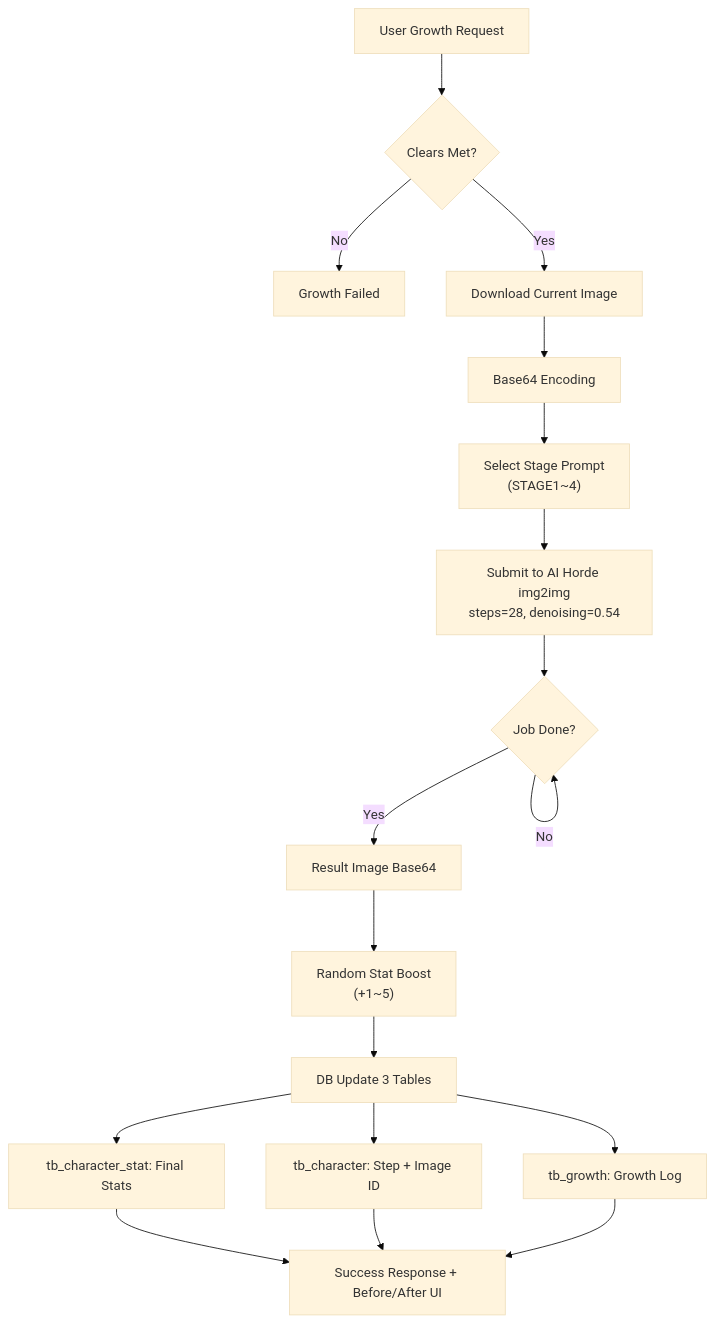
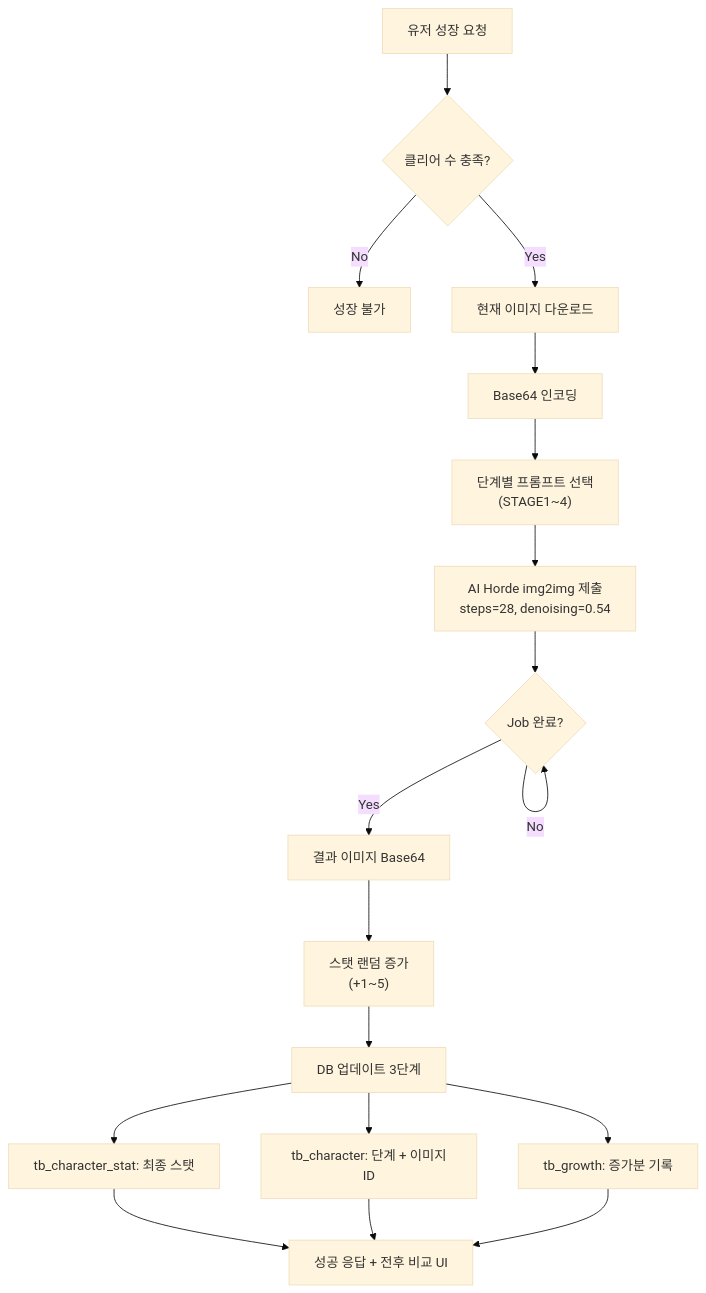
The second of 2 diagrams in README/ejm/README.md (zcx1119son/Gmaking-Team-Project), drawn with Mermaid (base theme) before and after one commit.

````diff
--- a/README/ejm/README.md
+++ b/README/ejm/README.md
@@ -188,18 +188,18 @@
 ```mermaid
 flowchart TD
-    A["User Growth Request"] --> B{"Clears Met?"}
-    B -->|No| Z["Growth Failed"]
-    B -->|Yes| C["Download Current Image"]
-    C --> D["Base64 Encoding"]
-    D --> E["Select Stage Prompt\n(STAGE1~4)"]
-    E --> F["Submit to AI Horde img2img\nsteps=28, denoising=0.54"]
-    F --> G{"Job Done?"}
+    A["유저 성장 요청"] --> B{"클리어 수 충족?"}
+    B -->|No| Z["성장 불가"]
+    B -->|Yes| C["현재 이미지 다운로드"]
+    C --> D["Base64 인코딩"]
+    D --> E["단계별 프롬프트 선택\n(STAGE1~4)"]
+    E --> F["AI Horde img2img 제출\nsteps=28, denoising=0.54"]
+    F --> G{"Job 완료?"}
     G -->|No| G
-    G -->|Yes| H["Result Image Base64"]
-    H --> I["Random Stat Boost\n(+1~5)"]
-    I --> J["DB Update 3 Tables"]
-    J --> K["tb_character_stat: Final Stats"]
-    J --> L["tb_character: Step + Image ID"]
-    J --> M["tb_growth: Growth Log"]
-    K & L & M --> N["Success Response + Before/After UI"]
+    G -->|Yes| H["결과 이미지 Base64"]
+    H --> I["스탯 랜덤 증가\n(+1~5)"]
+    I --> J["DB 업데이트 3단계"]
+    J --> K["tb_character_stat: 최종 스탯"]
+    J --> L["tb_character: 단계 + 이미지ID"]
+    J --> M["tb_growth: 증가분 기록"]
+    K & L & M --> N["성공 응답 + 전후 비교 UI"]
 ```
````
